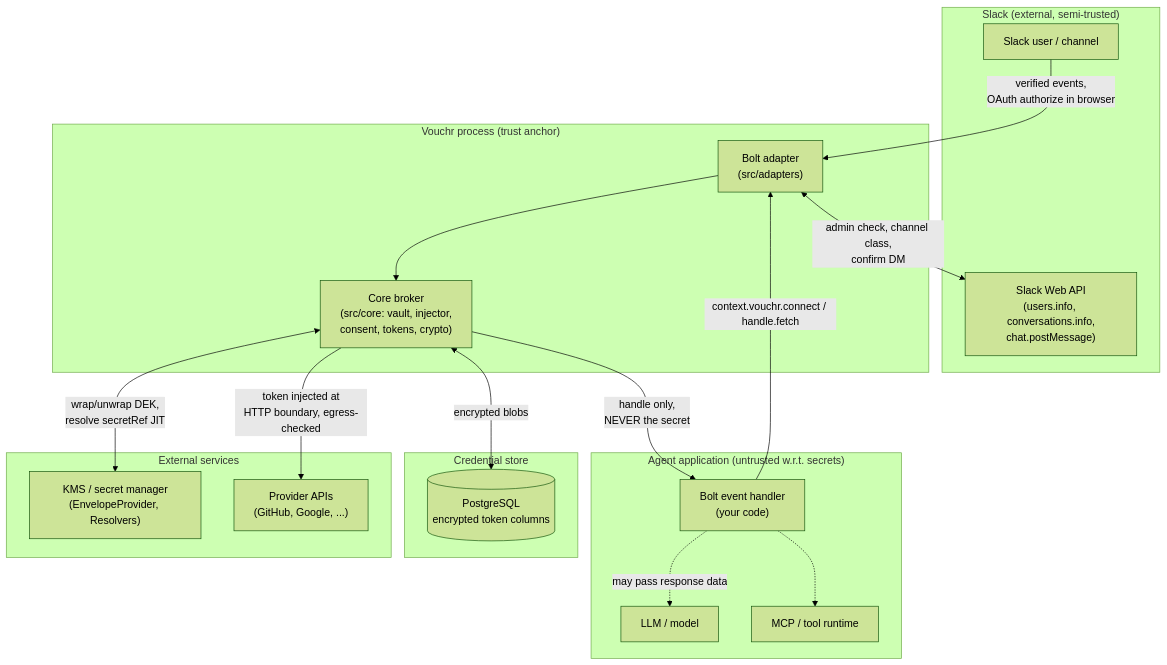
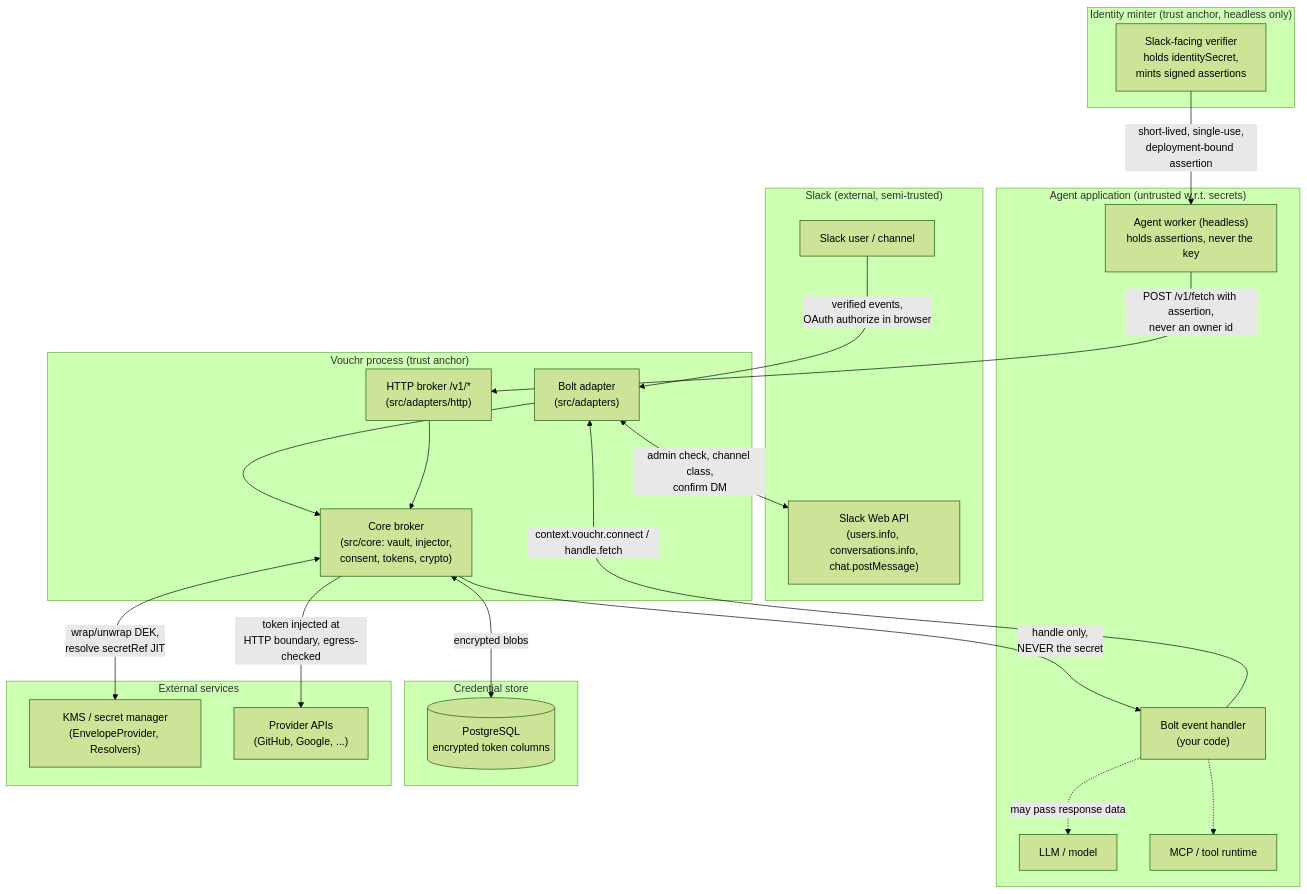
The diagram in guides/THREAT-MODEL.md (Dharin-shah/vouchr), drawn with Mermaid (forest theme) before and after one commit. The commit also changed other lines of this file and 37 other files, not shown here.

````diff
--- a/guides/THREAT-MODEL.md
+++ b/guides/THREAT-MODEL.md
@@ -18,38 +18,47 @@
 ```mermaid
 flowchart TB
     subgraph slack["Slack (external, semi-trusted)"]
         user["Slack user / channel"]
         slackapi["Slack Web API\n(users.info, conversations.info,\nchat.postMessage)"]
     end
 
+    subgraph minter["Identity minter (trust anchor, headless only)"]
+        mint["Slack-facing verifier\nholds identitySecret,\nmints signed assertions"]
+    end
+
     subgraph agent["Agent application (untrusted w.r.t. secrets)"]
         llm["LLM / model"]
         tools["MCP / tool runtime"]
         handler["Bolt event handler\n(your code)"]
+        worker["Agent worker (headless)\nholds assertions, never the key"]
     end
 
     subgraph vouchr["Vouchr process (trust anchor)"]
         adapter["Bolt adapter\n(src/adapters)"]
+        httpbroker["HTTP broker /v1/*\n(src/adapters/http)"]
         core["Core broker\n(src/core: vault, injector,\nconsent, tokens, crypto)"]
     end
 
     subgraph store["Credential store"]
         db[("PostgreSQL\nencrypted token columns")]
     end
 
     subgraph ext["External services"]
         kms["KMS / secret manager\n(EnvelopeProvider, Resolvers)"]
         provapi["Provider APIs\n(GitHub, Google, ...)"]
     end
 
     user -->|verified events,\nOAuth authorize in browser| adapter
     handler -->|context.vouchr.connect / handle.fetch| adapter
+    mint -->|short-lived, single-use,\ndeployment-bound assertion| worker
+    worker -->|POST /v1/fetch with assertion,\nnever an owner id| httpbroker
     adapter --> core
+    httpbroker --> core
     core -->|handle only,\nNEVER the secret| handler
     handler -.->|may pass response data| llm
     handler -.-> tools
     core <-->|encrypted blobs| db
     core <-->|wrap/unwrap DEK,\nresolve secretRef JIT| kms
     core -->|token injected at\nHTTP boundary, egress-checked| provapi
     adapter <-->|admin check, channel class,\nconfirm DM| slackapi
 ```
````
